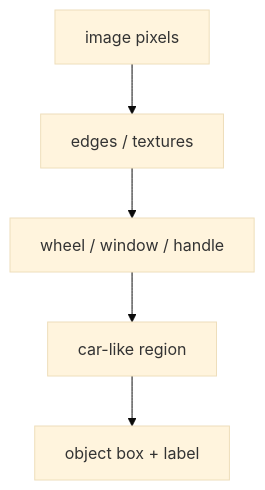
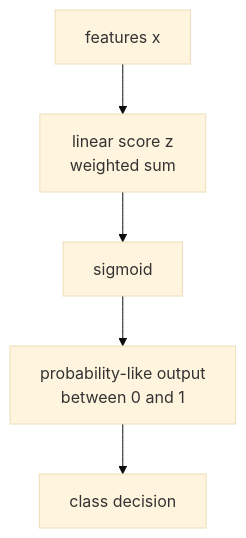
The diagram in docs/parts/part-04/chapter-11/section-01.md (devchan64/AiBook), drawn with Mermaid (base theme) before and after one commit. The commit also changed other lines of this file and 213 other files, not shown here.

````diff
--- a/docs/parts/part-04/chapter-11/section-01.md
+++ b/docs/parts/part-04/chapter-11/section-01.md
@@ -170,13 +105,10 @@
 ```mermaid
 flowchart TD
-  A["image pixels"]
-  B["edges / textures"]
-  C["wheel / window / handle"]
-  D["car-like region"]
-  E["object box + label"]
+  A["features x"]
+  B["linear score z<br/>weighted sum"]
+  C["sigmoid"]
+  D["probability-like output<br/>between 0 and 1"]
+  E["class decision"]
 
-  A --> B
-  B --> C
-  C --> D
-  D --> E
+  A --> B --> C --> D --> E
 ```
````
